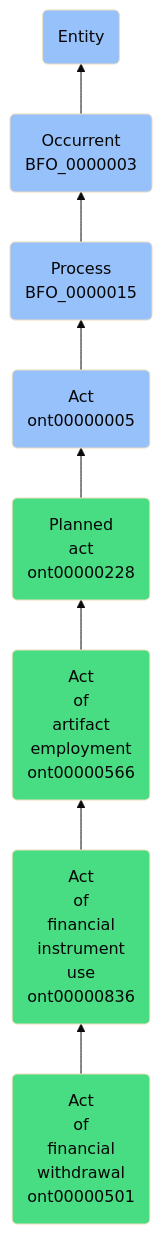
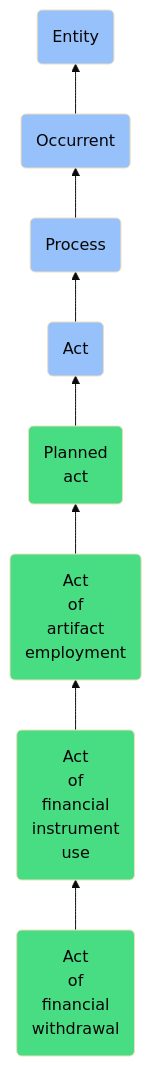
Before and after one commit to jupyter-naas/abi: the diagram in docs/ontology/reference/model/Entity/Occurrent/Process/Act/Planned act/Act of artifact employment/Act of financial instrument use/Act of financial withdrawal/Act of financial withdrawal.md, drawn with Mermaid (base theme). The commit also changed other lines of this file and 1430 other files, not shown here.

````diff
--- a/docs/ontology/reference/model/Entity/Occurrent/Process/Act/Planned act/Act of artifact employment/Act of financial instrument use/Act of financial withdrawal/Act of financial withdrawal.md
+++ b/docs/ontology/reference/model/Entity/Occurrent/Process/Act/Planned act/Act of artifact employment/Act of financial instrument use/Act of financial withdrawal/Act of financial withdrawal.md
@@ -24,15 +24,15 @@
 ```mermaid
 graph BT
-    ont00000501(Act<br>of<br>financial<br>withdrawal<br>ont00000501):::ABI-->ont00000836
-    ont00000836(Act<br>of<br>financial<br>instrument<br>use<br>ont00000836):::ABI-->ont00000566
-    ont00000566(Act<br>of<br>artifact<br>employment<br>ont00000566):::ABI-->ont00000228
-    ont00000228(Planned<br>act<br>ont00000228):::ABI-->ont00000005
-    ont00000005(Act<br>ont00000005):::BFO-->BFO_0000015
-    BFO_0000015(Process<br>BFO_0000015):::BFO-->BFO_0000003
-    BFO_0000003(Occurrent<br>BFO_0000003):::BFO-->BFO_0000001
+    ont00000501(Act<br>of<br>financial<br>withdrawal):::ABI-->ont00000836
+    ont00000836(Act<br>of<br>financial<br>instrument<br>use):::ABI-->ont00000566
+    ont00000566(Act<br>of<br>artifact<br>employment):::ABI-->ont00000228
+    ont00000228(Planned<br>act):::ABI-->ont00000005
+    ont00000005(Act):::BFO-->BFO_0000015
+    BFO_0000015(Process):::BFO-->BFO_0000003
+    BFO_0000003(Occurrent):::BFO-->BFO_0000001
     BFO_0000001(Entity):::BFO
     
     classDef BFO fill:#97c1fb,color:#060606
     classDef CCO fill:#e4c51e,color:#060606
     classDef ABI fill:#48DD82,color:#060606
 ```
````
